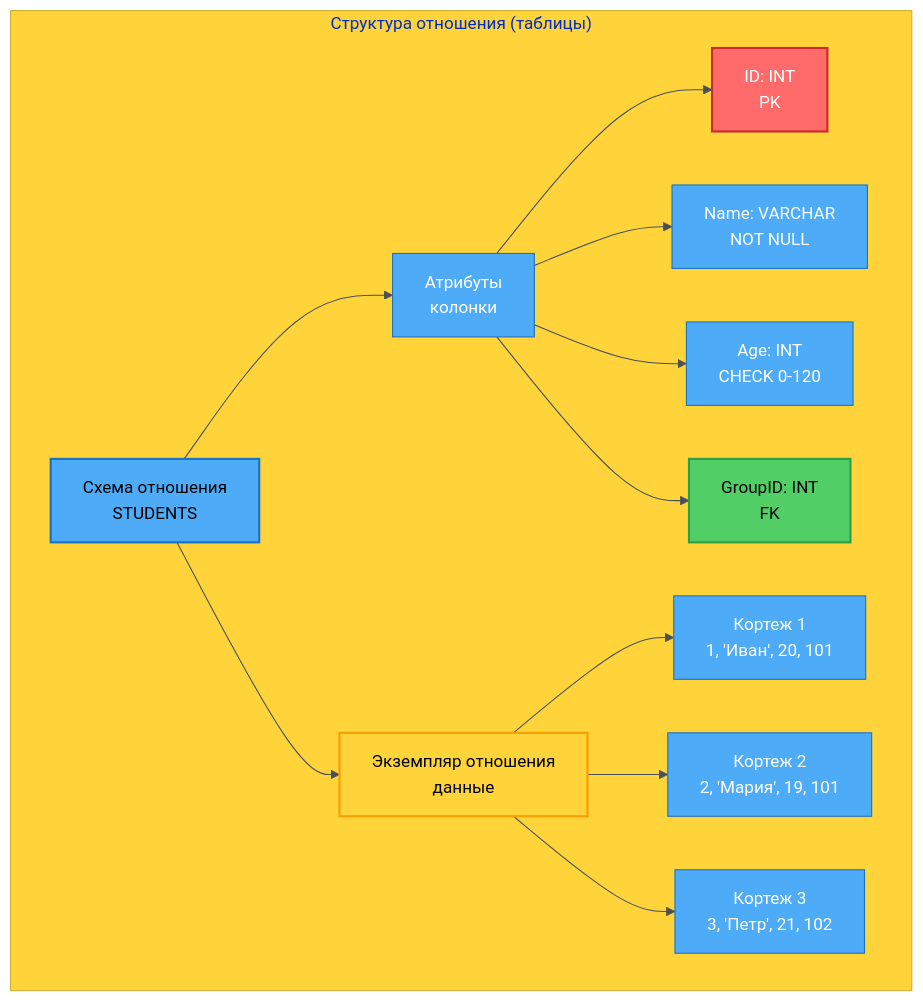
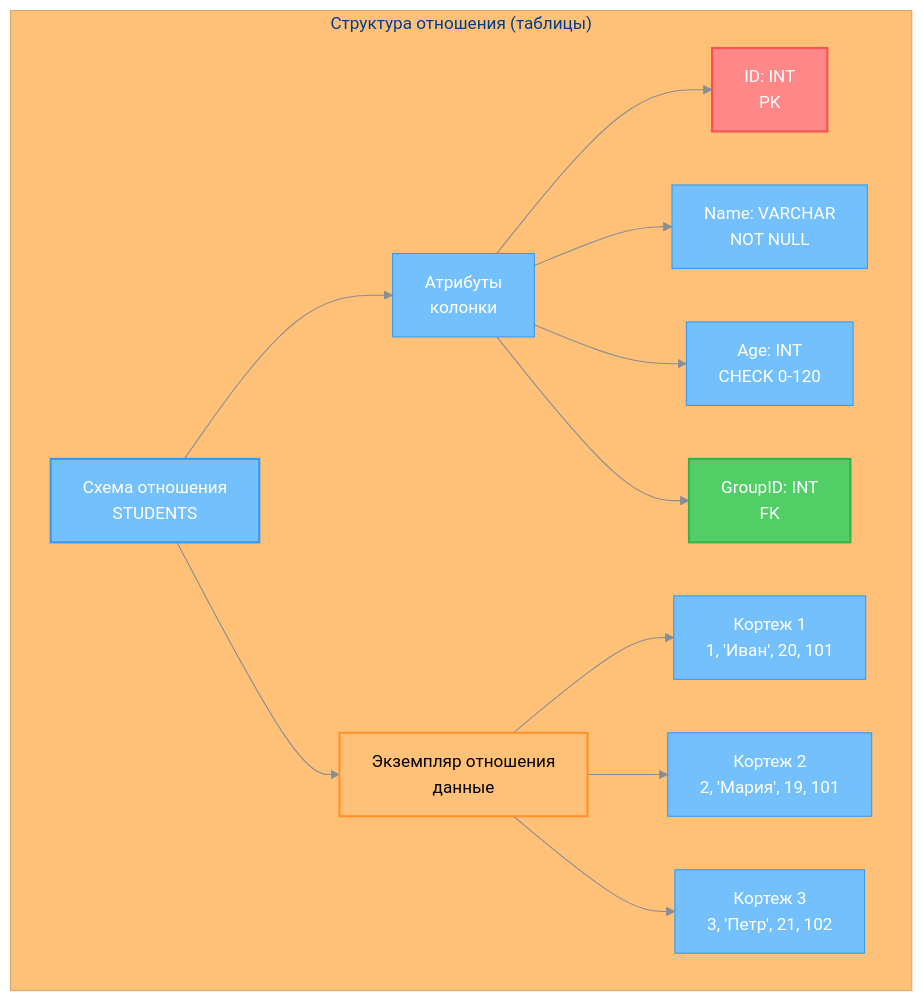
One commit to alx314vo/db_exam changed the third of 23 diagrams in db_exam.md. Above: the diagram before and after it, drawn with Mermaid. The commit also changed other lines of this file, not shown here.

````diff
--- a/db_exam.md
+++ b/db_exam.md
@@ -182,21 +182,21 @@
 ```mermaid
-%%{init: {'theme':'base', 'themeVariables': {'primaryColor':'#4dabf7','primaryTextColor':'#fff','primaryBorderColor':'#1971c2','lineColor':'#495057','secondaryColor':'#51cf66','tertiaryColor':'#ffd43b'}}}%%
+%%{init: {'theme':'base', 'themeVariables': {'primaryColor':'#74c0fc','primaryTextColor':'#fff','primaryBorderColor':'#339af0','lineColor':'#868e96','secondaryColor':'#868e96','tertiaryColor':'#ffc078','background':'#ffffff','textColor':'#212529'}}}%%
 graph TB
     subgraph "Структура отношения (таблицы)"
         A[Схема отношения<br/>STUDENTS] --> B[Атрибуты<br/>колонки]
         B --> C[ID: INT<br/>PK]
         B --> D[Name: VARCHAR<br/>NOT NULL]
         B --> E[Age: INT<br/>CHECK 0-120]
         B --> F[GroupID: INT<br/>FK]
         
         A --> G[Экземпляр отношения<br/>данные]
         G --> H[Кортеж 1<br/>1, 'Иван', 20, 101]
         G --> I[Кортеж 2<br/>2, 'Мария', 19, 101]
         G --> J[Кортеж 3<br/>3, 'Петр', 21, 102]
     end
     
-    style A fill:#4dabf7,stroke:#1971c2,stroke-width:2px,color:#000
-    style G fill:#ffd43b,stroke:#f59f00,stroke-width:2px,color:#000
-    style C fill:#ff6b6b,stroke:#c92a2a,stroke-width:2px,color:#fff
-    style F fill:#51cf66,stroke:#2f9e44,stroke-width:2px,color:#000
+    style A fill:#74c0fc,stroke:#339af0,stroke-width:2px,color:#fff
+    style G fill:#ffc078,stroke:#ff922b,stroke-width:2px,color:#000
+    style C fill:#ff8787,stroke:#fa5252,stroke-width:2px,color:#fff
+    style F fill:#51cf66,stroke:#37b24d,stroke-width:2px,color:#fff
 ```
````
